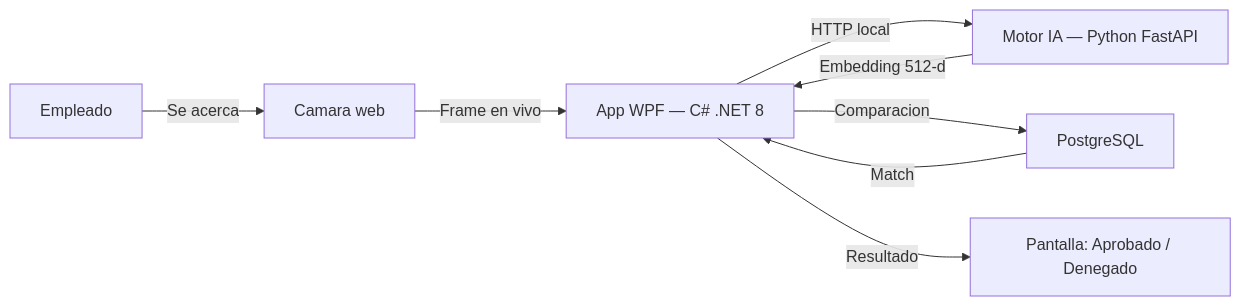
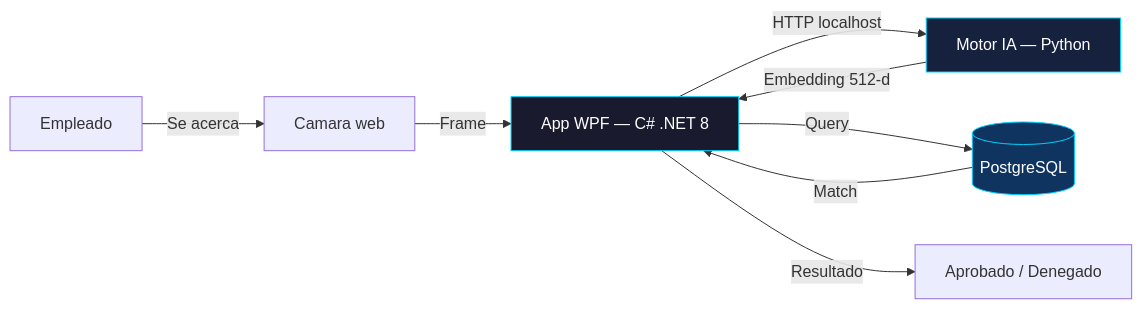
One commit to ramarstudio/RAMar_Repo changed the diagram in docs/index.md. Above: the diagram before and after it, drawn with Mermaid. The commit also changed other lines of this file and 11 other files, not shown here.

````diff
--- a/docs/index.md
+++ b/docs/index.md
@@ -54,10 +124,14 @@
 ```mermaid
 graph LR
     A[Empleado] -->|Se acerca| B[Camara web]
-    B -->|Frame en vivo| C[App WPF — C# .NET 8]
-    C -->|HTTP local| D[Motor IA — Python FastAPI]
+    B -->|Frame| C[App WPF — C# .NET 8]
+    C -->|HTTP localhost| D[Motor IA — Python]
     D -->|Embedding 512-d| C
-    C -->|Comparacion| E[PostgreSQL]
+    C -->|Query| E[(PostgreSQL)]
     E -->|Match| C
-    C -->|Resultado| F[Pantalla: Aprobado / Denegado]
+    C -->|Resultado| F[Aprobado / Denegado]
+
+    style C fill:#1a1a2e,stroke:#00d2ff,color:#fff
+    style D fill:#16213e,stroke:#00d2ff,color:#fff
+    style E fill:#0f3460,stroke:#00d2ff,color:#fff
 ```
````
